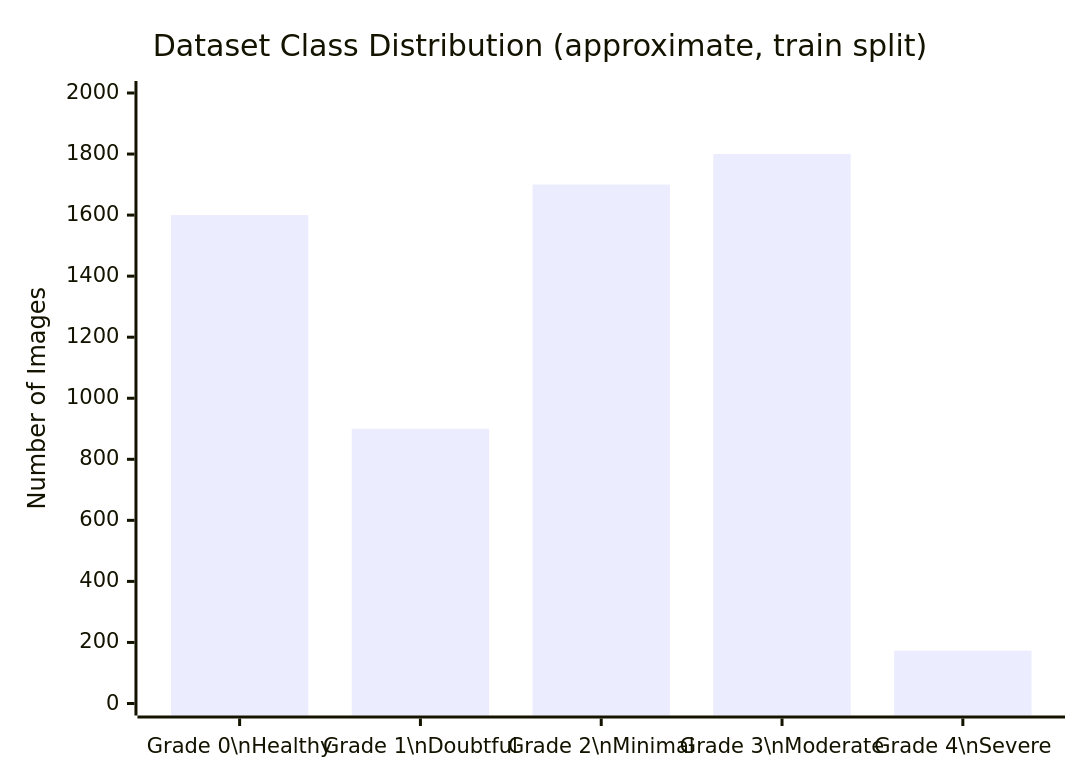
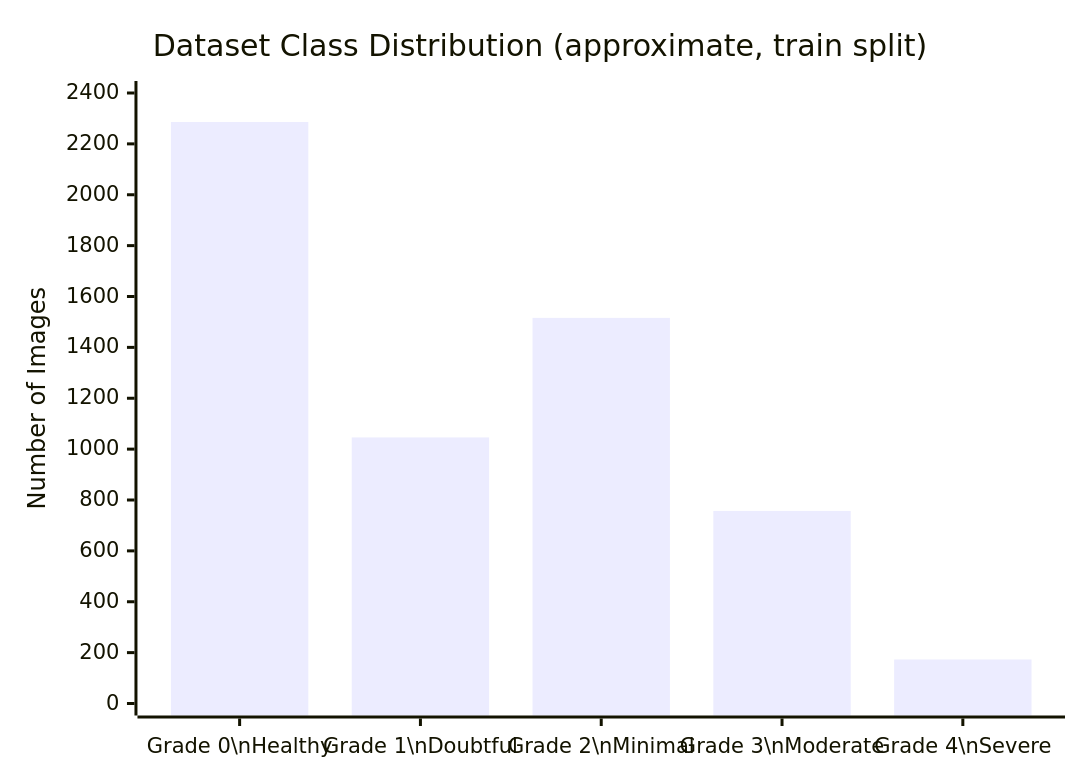
The first of 7 diagrams in deliverables/WorkInProgress/Business-Report-DeepLearning.md (LALITAMITTAL18/EAISI-NHS), drawn with Mermaid before and after one commit. The commit also changed other lines of this file and 19 other files, not shown here.

````diff
--- a/deliverables/WorkInProgress/Business-Report-DeepLearning.md
+++ b/deliverables/WorkInProgress/Business-Report-DeepLearning.md
@@ -71,7 +71,7 @@
 ```mermaid
 xychart-beta
     title "Dataset Class Distribution (approximate, train split)"
     x-axis ["Grade 0\nHealthy", "Grade 1\nDoubtful", "Grade 2\nMinimal", "Grade 3\nModerate", "Grade 4\nSevere"]
-    y-axis "Number of Images" 0 --> 2000
-    bar [1600, 900, 1700, 1800, 173]
+    y-axis "Number of Images" 0 --> 2400
+    bar [2286, 1046, 1516, 757, 173]
 ```
````
